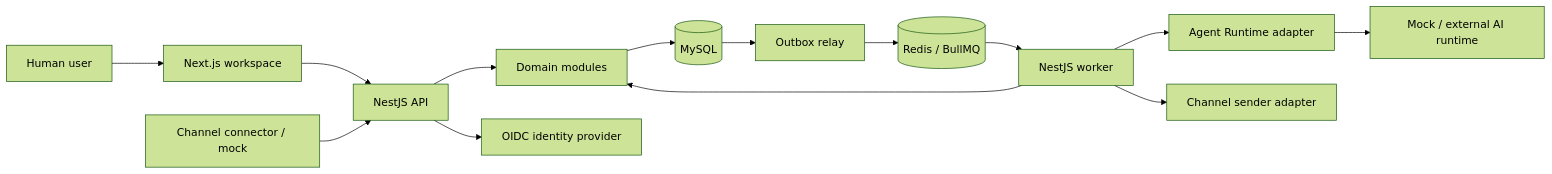
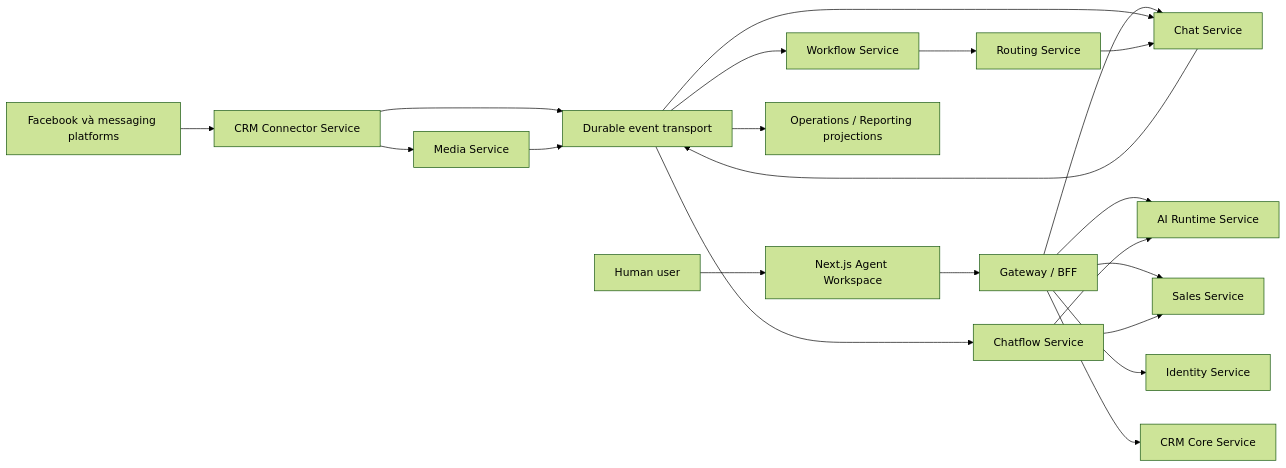
One commit to tanlehd/agentic-crm changed the diagram in docs/system/architecture.md. Above: the diagram before and after it, drawn with Mermaid (forest theme). The commit also changed other lines of this file and 245 other files, not shown here.

Commit message:
feat: add M3 connector foundation and Facebook channel configuration

````diff
--- a/docs/system/architecture.md
+++ b/docs/system/architecture.md
@@ -7,16 +9,23 @@
 ```mermaid
 flowchart LR
-  User[Human user] --> Web[Next.js workspace]
-  Web --> API[NestJS API]
-  Provider[Channel connector / mock] --> API
-  API --> Modules[Domain modules]
-  Modules --> DB[(MySQL)]
-  DB --> Relay[Outbox relay]
-  Relay --> Queue[(Redis / BullMQ)]
-  Queue --> Worker[NestJS worker]
-  Worker --> Modules
-  Worker --> Adapter[Agent Runtime adapter]
-  Adapter --> Runtime[Mock / external AI runtime]
-  Worker --> Sender[Channel sender adapter]
-  API --> OIDC[OIDC identity provider]
+  FB[Facebook và messaging platforms] --> Connector[CRM Connector Service]
+  User[Human user] --> Web[Next.js Agent Workspace]
+  Web --> Edge[Gateway / BFF]
+  Edge --> IAM[Identity Service]
+  Edge --> Chat[Chat Service]
+  Edge --> CRM[CRM Core Service]
+  Edge --> Sales[Sales Service]
+  Edge --> AI[AI Runtime Service]
+  Connector --> Bus[Durable event transport]
+  Bus --> Chat
+  Chat --> Bus
+  Bus --> CF[Chatflow Service]
+  Bus --> WF[Workflow Service]
+  CF --> AI
+  CF --> Sales
+  WF --> Routing[Routing Service]
+  Routing --> Chat
+  Connector --> Media[Media Service]
+  Media --> Bus
+  Bus --> Ops[Operations / Reporting projections]
 ```
````
